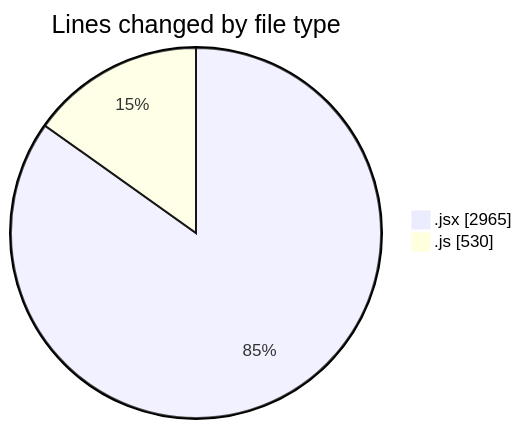
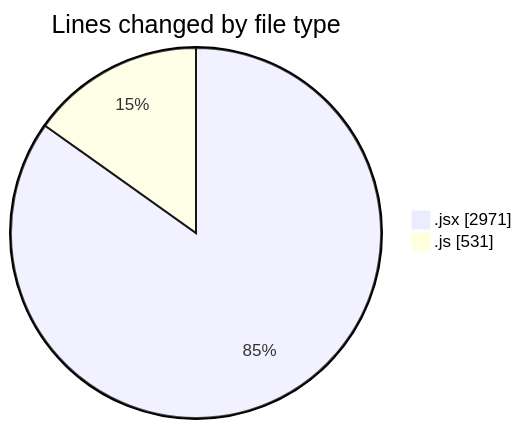
One commit to nxtqubesakshisongat/code-tracking changed the first of 2 diagrams in 2025-05-22/nxtqube_webapp/README.md. Above: the diagram before and after it, drawn with Mermaid. The commit also changed other lines of this file and 1 other file, not shown here.

````diff
--- a/2025-05-22/nxtqube_webapp/README.md
+++ b/2025-05-22/nxtqube_webapp/README.md
@@ -24,6 +24,6 @@
 ```mermaid
 pie showData
 title Lines changed by file type
-".jsx" : 2965
-".js" : 530
+".jsx" : 2971
+".js" : 531
 ```
````
